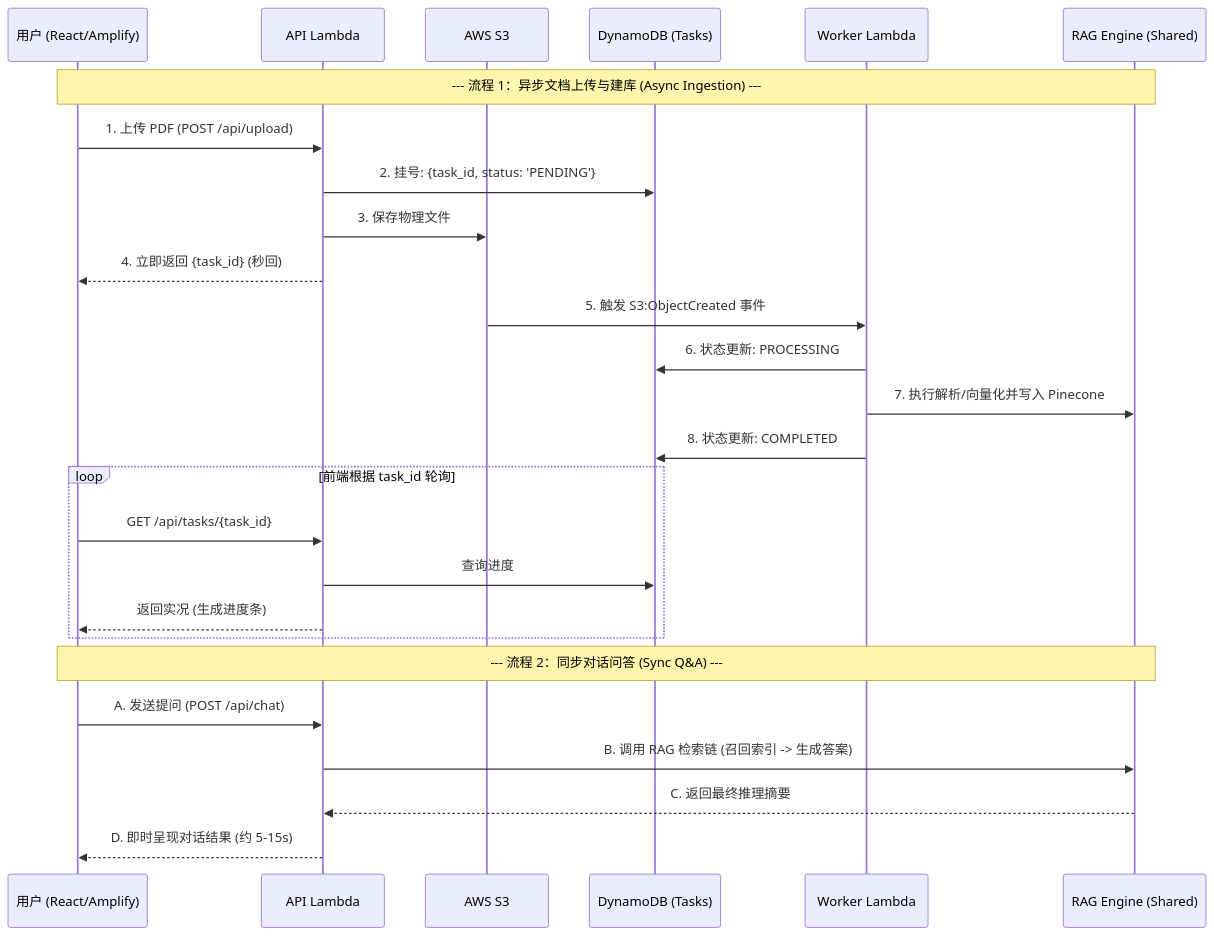
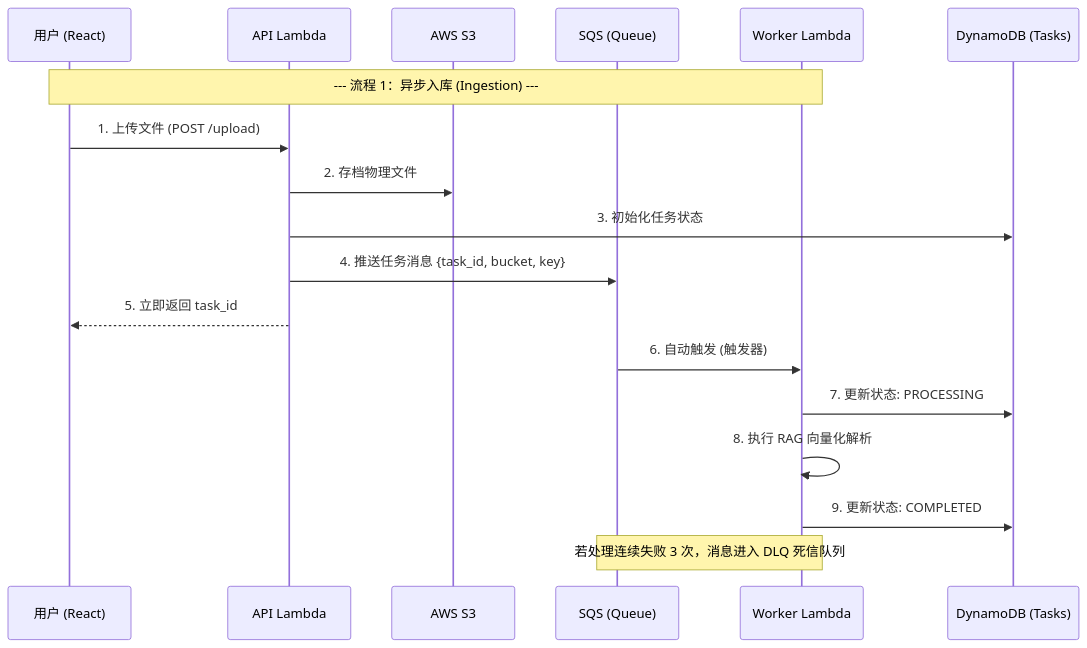
The third of 5 diagrams in implementation_plan.md (supermt1986/aws_notebooklm), drawn with Mermaid before and after one commit. The commit also changed other lines of this file and 4 other files, not shown here.

Commit message:
feat: implement SQS-based load leveling for asynchronous RAG

````diff
--- a/implementation_plan.md
+++ b/implementation_plan.md
@@ -123,32 +119,23 @@
 ```mermaid
 sequenceDiagram
-    participant U as 用户 (React/Amplify)
+    participant U as 用户 (React)
     participant A as API Lambda
     participant S as AWS S3
+    participant Q as SQS (Queue)
+    participant W as Worker Lambda
     participant D as DynamoDB (Tasks)
-    participant W as Worker Lambda
-    participant R as RAG Engine (Shared)
 
-    Note over U, R: --- 流程 1：异步文档上传与建库 (Async Ingestion) ---
-    U->>A: 1. 上传 PDF (POST /api/upload)
-    A->>D: 2. 挂号: {task_id, status: 'PENDING'}
-    A->>S: 3. 保存物理文件
-    A-->>U: 4. 立即返回 {task_id} (秒回)
+    Note over U, W: --- 流程 1：异步入库 (Ingestion) ---
+    U->>A: 1. 上传文件 (POST /upload)
+    A->>S: 2. 存档物理文件
+    A->>D: 3. 初始化任务状态
+    A->>Q: 4. 推送任务消息 {task_id, bucket, key}
+    A-->>U: 5. 立即返回 task_id
     
-    S->>W: 5. 触发 S3:ObjectCreated 事件
-    W->>D: 6. 状态更新: PROCESSING
-    W->>R: 7. 执行解析/向量化并写入 Pinecone
-    W->>D: 8. 状态更新: COMPLETED
+    Q->>W: 6. 自动触发 (触发器)
+    W->>D: 7. 更新状态: PROCESSING
+    W->>W: 8. 执行 RAG 向量化解析
+    W->>D: 9. 更新状态: COMPLETED
     
-    loop 前端根据 task_id 轮询
-        U->>A: GET /api/tasks/{task_id}
-        A->>D: 查询进度
-        A-->>U: 返回实况 (生成进度条)
-    end
-
-    Note over U, R: --- 流程 2：同步对话问答 (Sync Q&A) ---
-    U->>A: A. 发送提问 (POST /api/chat)
-    A->>R: B. 调用 RAG 检索链 (召回索引 -> 生成答案)
-    R-->>A: C. 返回最终推理摘要
-    A-->>U: D. 即时呈现对话结果 (约 5-15s)
+    Note over Q, W: 若处理连续失败 3 次，消息进入 DLQ 死信队列
 ```
````
